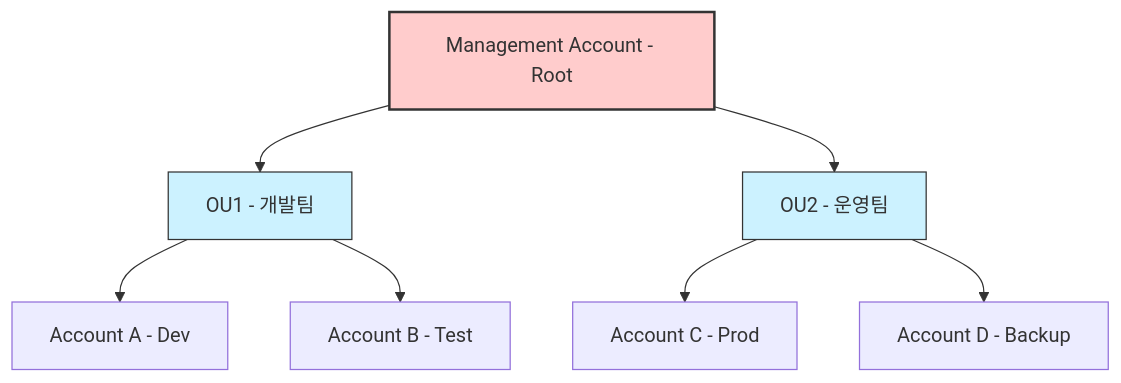
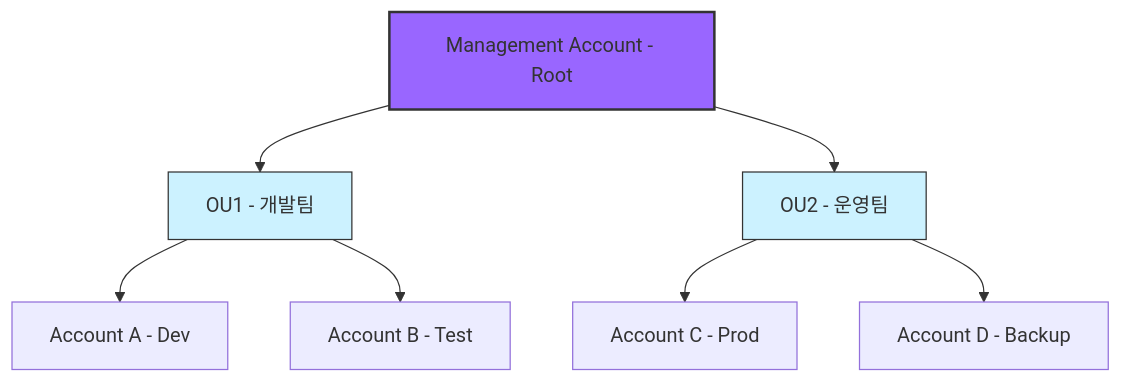
One commit to yjshin-cloud/TIL changed the diagram in Cloud/AWS/Service/AWS-Organizations.md. Above: the diagram before and after it, drawn with Mermaid.

````diff
--- a/Cloud/AWS/Service/AWS-Organizations.md
+++ b/Cloud/AWS/Service/AWS-Organizations.md
@@ -25,13 +25,13 @@
 ```mermaid
 flowchart TD
     A[Management Account - Root] --> B[OU1 - 개발팀]
     A --> C[OU2 - 운영팀]
     B --> D[Account A - Dev]
     B --> E[Account B - Test]
     C --> F[Account C - Prod]
     C --> G[Account D - Backup]
 
-    style A fill:#ffcccc,stroke:#333,stroke-width:2px
+    style A fill:#9966ff,stroke:#333,stroke-width:2px
     style B fill:#ccf2ff,stroke:#333,stroke-width:1px
     style C fill:#ccf2ff,stroke:#333,stroke-width:1px
 ```
````
